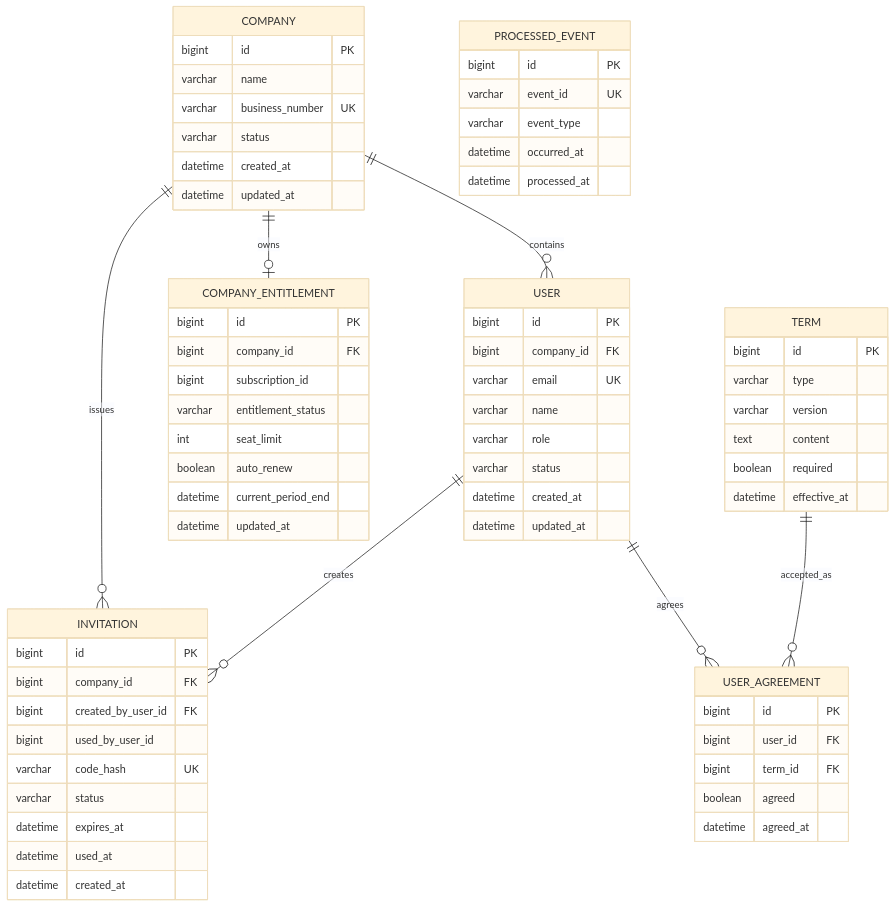
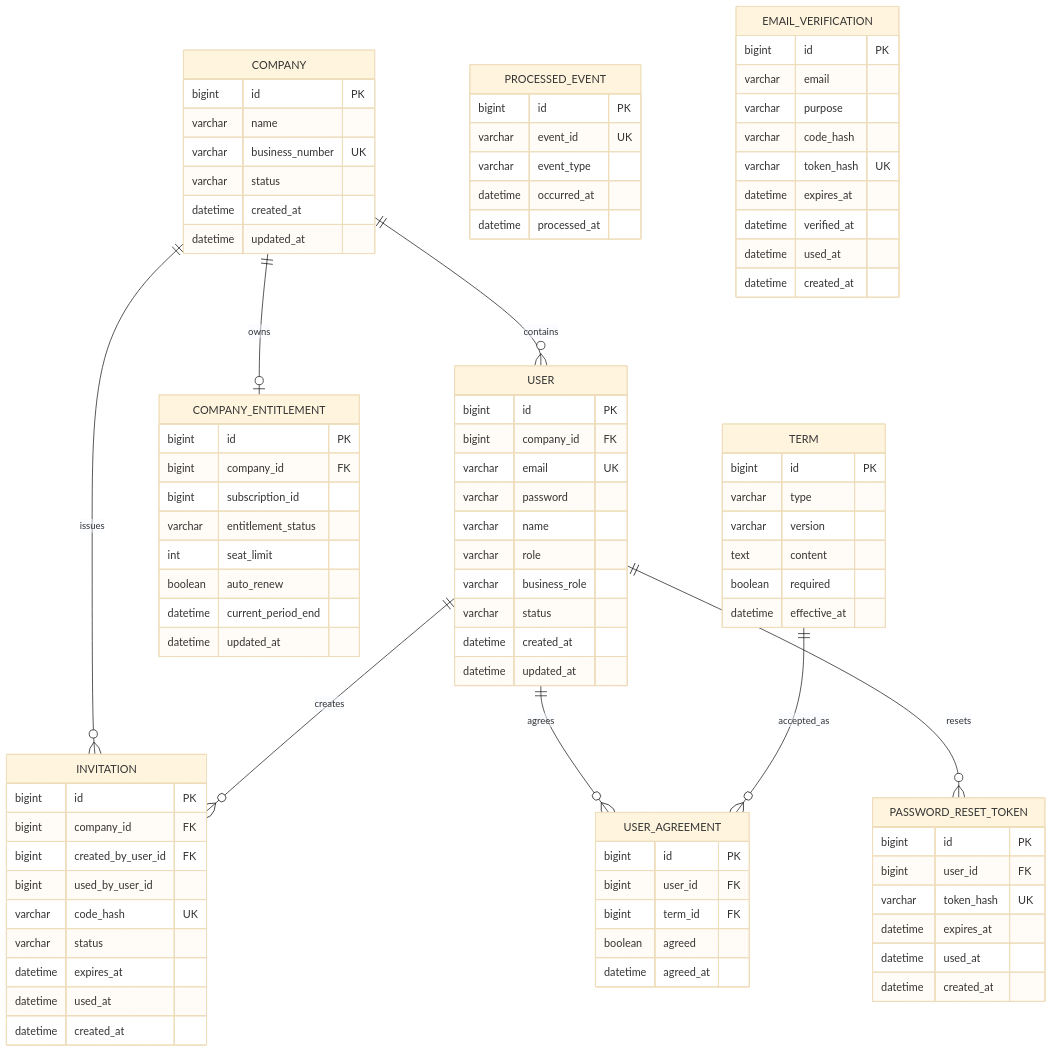
The second of 6 diagrams in docs/erd.md (skala-msa-team/linguaroute-msa), drawn with Mermaid (base theme) before and after one commit. The commit also changed other lines of this file and 4 other files, not shown here.

````diff
--- a/docs/erd.md
+++ b/docs/erd.md
@@ -96,6 +54,7 @@
     COMPANY ||--o| COMPANY_ENTITLEMENT : owns
     USER ||--o{ INVITATION : creates
     USER ||--o{ USER_AGREEMENT : agrees
+    USER ||--o{ PASSWORD_RESET_TOKEN : resets
     TERM ||--o{ USER_AGREEMENT : accepted_as
 
     COMPANY {
@@ -111,8 +70,10 @@
         bigint id PK
         bigint company_id FK
         varchar email UK
+        varchar password
         varchar name
         varchar role
+        varchar business_role
         varchar status
         datetime created_at
         datetime updated_at
@@ -166,4 +127,25 @@
         datetime agreed_at
     }
 
+    EMAIL_VERIFICATION {
+        bigint id PK
+        varchar email
+        varchar purpose
+        varchar code_hash
+        varchar token_hash UK
+        datetime expires_at
+        datetime verified_at
+        datetime used_at
+        datetime created_at
+    }
+
+    PASSWORD_RESET_TOKEN {
+        bigint id PK
+        bigint user_id FK
+        varchar token_hash UK
+        datetime expires_at
+        datetime used_at
+        datetime created_at
+    }
+
 ```
````
